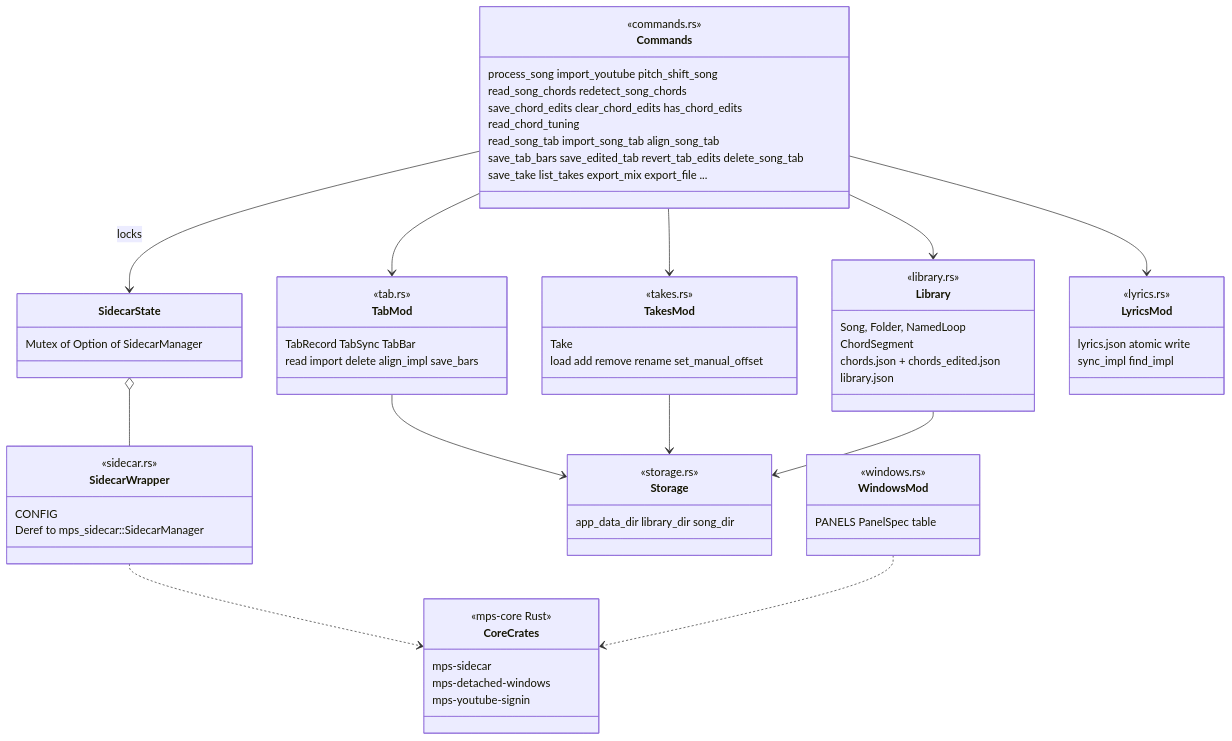
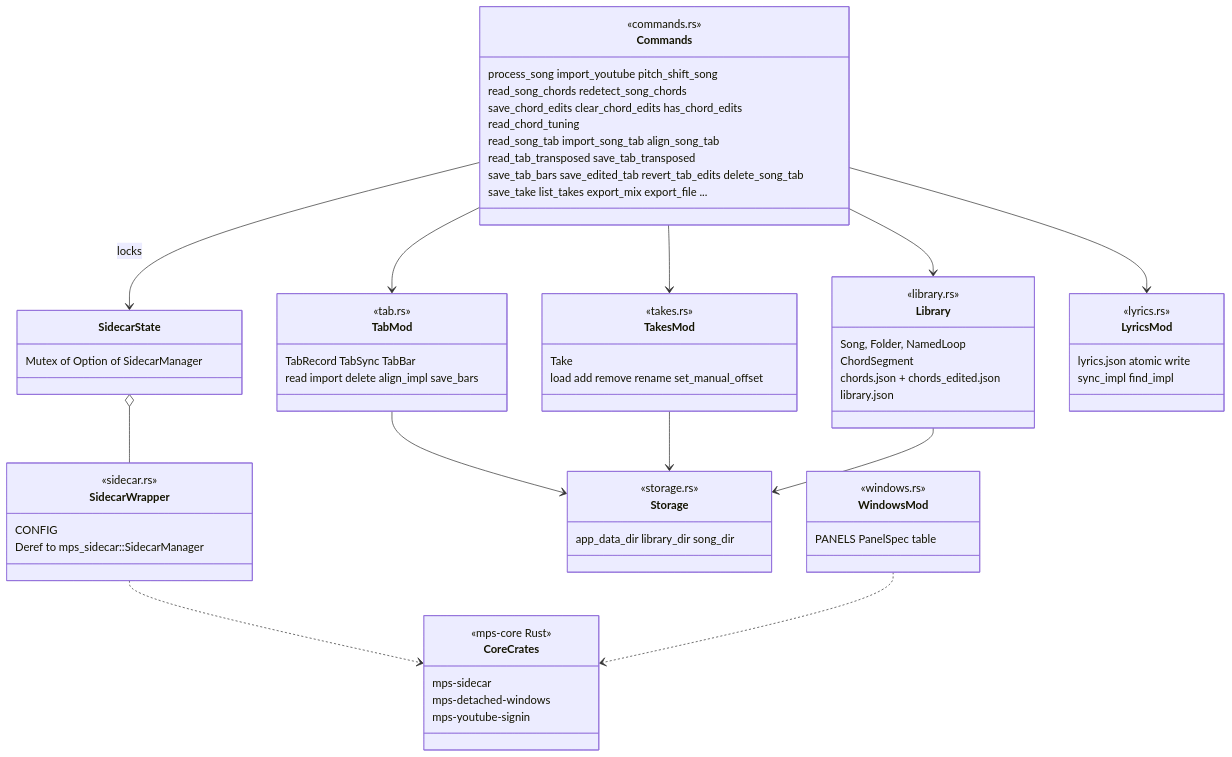
Before and after one commit to giamat90/SongPracticeStudio: the ninth of 16 diagrams in wiki/uml.md, drawn with Mermaid. The commit also changed other lines of this file and 15 other files, not shown here.

````diff
--- a/wiki/uml.md
+++ b/wiki/uml.md
@@ -382,69 +393,70 @@
 ```mermaid
 classDiagram
     direction TB
     class Commands {
         <<commands.rs>>
         process_song import_youtube pitch_shift_song
         read_song_chords redetect_song_chords
         save_chord_edits clear_chord_edits has_chord_edits
         read_chord_tuning
         read_song_tab import_song_tab align_song_tab
+        read_tab_transposed save_tab_transposed
         save_tab_bars save_edited_tab revert_tab_edits delete_song_tab
         save_take list_takes export_mix export_file ...
     }
     class SidecarState {
         Mutex of Option of SidecarManager
     }
     class SidecarWrapper {
         <<sidecar.rs>>
         CONFIG
         Deref to mps_sidecar::SidecarManager
     }
     class Library {
         <<library.rs>>
         Song, Folder, NamedLoop
         ChordSegment
         chords.json + chords_edited.json
         library.json
     }
     class TabMod {
         <<tab.rs>>
         TabRecord TabSync TabBar
         read import delete align_impl save_bars
     }
     class TakesMod {
         <<takes.rs>>
         Take
         load add remove rename set_manual_offset
     }
     class LyricsMod {
         <<lyrics.rs>>
         lyrics.json atomic write
         sync_impl find_impl
     }
     class Storage {
         <<storage.rs>>
         app_data_dir library_dir song_dir
     }
     class WindowsMod {
         <<windows.rs>>
         PANELS PanelSpec table
     }
     class CoreCrates {
         <<mps-core Rust>>
         mps-sidecar
         mps-detached-windows
         mps-youtube-signin
     }
     Commands --> SidecarState : locks
     SidecarState o-- SidecarWrapper
     SidecarWrapper ..> CoreCrates
     Commands --> Library
     Commands --> TabMod
     Commands --> TakesMod
     Commands --> LyricsMod
     TabMod --> Storage
     TakesMod --> Storage
     Library --> Storage
     WindowsMod ..> CoreCrates
 ```
````
